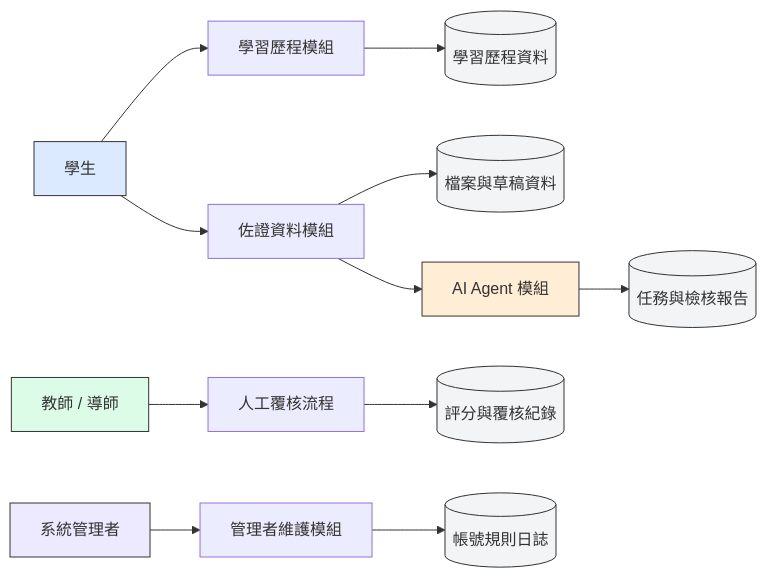
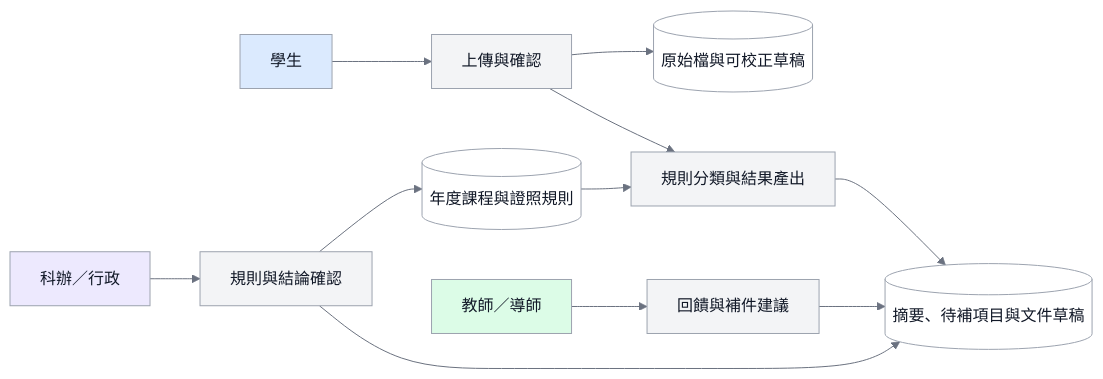
Before and after one commit to vujhdcusa/1028: the fourth of 5 diagrams in docs/01_正式規格/資管科智慧學習歷程系統-系統規格設計書-開發閱讀版.md, drawn with Mermaid. The commit also changed other lines of this file and 16 other files, not shown here.

Commit message:
docs: correct learning portfolio flow diagrams

````diff
--- a/docs/01_正式規格/資管科智慧學習歷程系統-系統規格設計書-開發閱讀版.md
+++ b/docs/01_正式規格/資管科智慧學習歷程系統-系統規格設計書-開發閱讀版.md
@@ -436,19 +429,20 @@
 ```mermaid
+%%{init: {'theme':'base','themeVariables': {'fontFamily':'Microsoft JhengHei, Noto Sans TC, Arial, sans-serif','primaryColor':'#F3F4F6','primaryTextColor':'#111827','primaryBorderColor':'#9CA3AF','lineColor':'#6B7280'}}}%%
 flowchart LR
-    classDef student fill:#DBEAFE,stroke:#333;
-    classDef teacher fill:#DCFCE7,stroke:#333;
-    classDef admin fill:#EDE9FE,stroke:#333;
-    classDef ai fill:#FFEDD5,stroke:#333;
-    classDef db fill:#F3F4F6,stroke:#333;
+    classDef student fill:#DBEAFE,stroke:#9CA3AF,color:#111827,stroke-width:1px;
+    classDef teacher fill:#DCFCE7,stroke:#9CA3AF,color:#111827,stroke-width:1px;
+    classDef staff fill:#EDE9FE,stroke:#9CA3AF,color:#111827,stroke-width:1px;
+    classDef process fill:#F3F4F6,stroke:#9CA3AF,color:#111827,stroke-width:1px;
+    classDef db fill:#FFFFFF,stroke:#9CA3AF,color:#111827,stroke-width:1px;
 
-    Student[學生]:::student --> P1[學習歷程模組]
-    P1 --> D1[(學習歷程資料)]:::db
-    Student --> P2[佐證資料模組]
-    P2 --> D2[(檔案與草稿資料)]:::db
-    P2 --> P3[AI Agent 模組]:::ai
-    P3 --> D3[(任務與檢核報告)]:::db
-    Teacher[教師 / 導師]:::teacher --> P4[人工覆核流程]
-    P4 --> D4[(評分與覆核紀錄)]:::db
-    Admin[系統管理者]:::admin --> P5[管理者維護模組]
-    P5 --> D5[(帳號規則日誌)]:::db
+    Student[學生]:::student --> Upload[上傳與確認]:::process
+    Upload --> Files[(原始檔與可校正草稿)]:::db
+    Upload --> Classify[規則分類與結果產出]:::process
+    Rules[(年度課程與證照規則)]:::db --> Classify
+    Classify --> Results[(摘要、待補項目與文件草稿)]:::db
+    Teacher[教師／導師]:::teacher --> Feedback[回饋與補件建議]:::process
+    Feedback --> Results
+    Staff[科辦／行政]:::staff --> Confirm[規則與結論確認]:::process
+    Confirm --> Rules
+    Confirm --> Results
 ```
````
